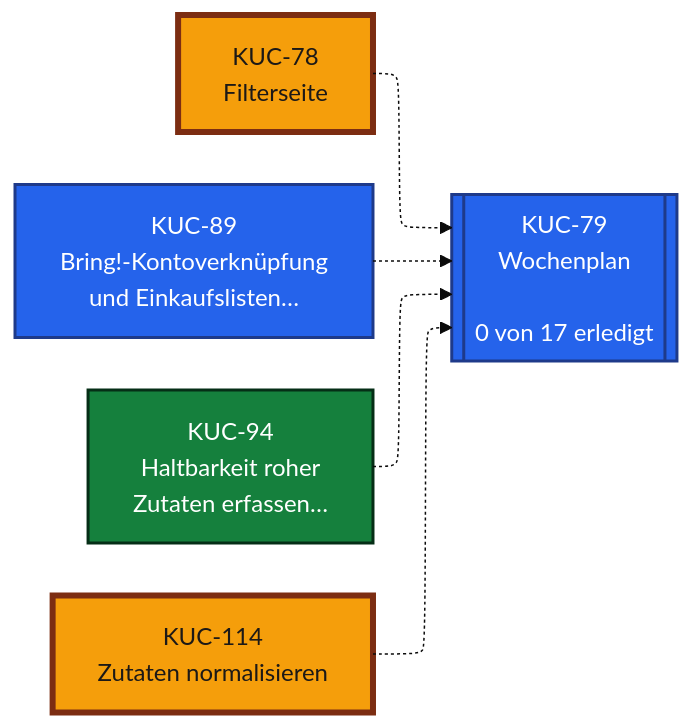
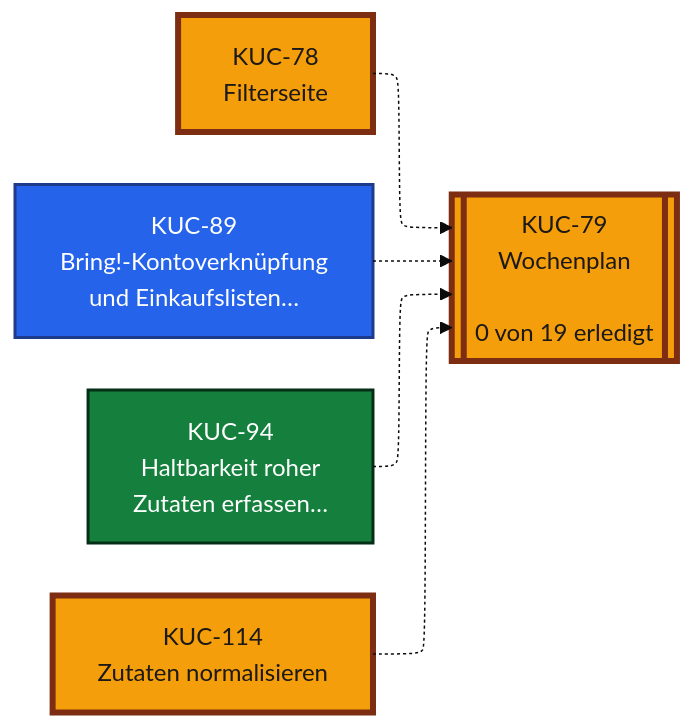
Before and after one commit to isntfunny/kitchenpace: the second of 5 diagrams in GAMEPLAN.md, drawn with Mermaid (base theme). The commit also changed other lines of this file, not shown here.

Commit message:
docs: regenerate GAMEPLAN.md (KUC-79)

````diff
--- a/GAMEPLAN.md
+++ b/GAMEPLAN.md
@@ -83,25 +83,25 @@
 ```mermaid
 %%{init: {"flowchart": {"defaultRenderer": "elk"}}}%%
 flowchart LR
     KUC78["KUC-78<br/>Filterseite"]:::doing
     KUC89["KUC-89<br/>Bring!-Kontoverknüpfung<br/>und Einkaufslisten…"]:::todo
     KUC94["KUC-94<br/>Haltbarkeit roher<br/>Zutaten erfassen…"]:::done
     KUC114["KUC-114<br/>Zutaten normalisieren"]:::doing
-    KUC79[["KUC-79<br/>Wochenplan<br/><br/>0 von 17 erledigt"]]:::todo
+    KUC79[["KUC-79<br/>Wochenplan<br/><br/>0 von 19 erledigt"]]:::doing
     KUC78 -.-> KUC79
     KUC89 -.-> KUC79
     KUC94 -.-> KUC79
     KUC114 -.-> KUC79
     click KUC78 "https://youtrack.tecfriends.de/issue/KUC-78"
     click KUC79 "https://youtrack.tecfriends.de/issue/KUC-79"
     click KUC89 "https://youtrack.tecfriends.de/issue/KUC-89"
     click KUC94 "https://youtrack.tecfriends.de/issue/KUC-94"
     click KUC114 "https://youtrack.tecfriends.de/issue/KUC-114"
     classDef ideas fill:#f3e8ff,stroke:#7e22ce,color:#3b0764,stroke-dasharray:2 4
     classDef backlog fill:#f1f5f9,stroke:#64748b,color:#0f172a,stroke-dasharray:6 4
     classDef todo fill:#2563eb,stroke:#1e3a8a,color:#ffffff,stroke-width:2px
     classDef doing fill:#f59e0b,stroke:#7c2d12,color:#1c1917,stroke-width:4px
     classDef done fill:#15803d,stroke:#052e16,color:#ffffff,stroke-width:2px
     classDef wontdo fill:#fee2e2,stroke:#b91c1c,color:#450a0a,stroke-dasharray:2 2
     classDef unknown fill:#ffffff,stroke:#6b7280,color:#111827,stroke-dasharray:1 3
 ```
````
